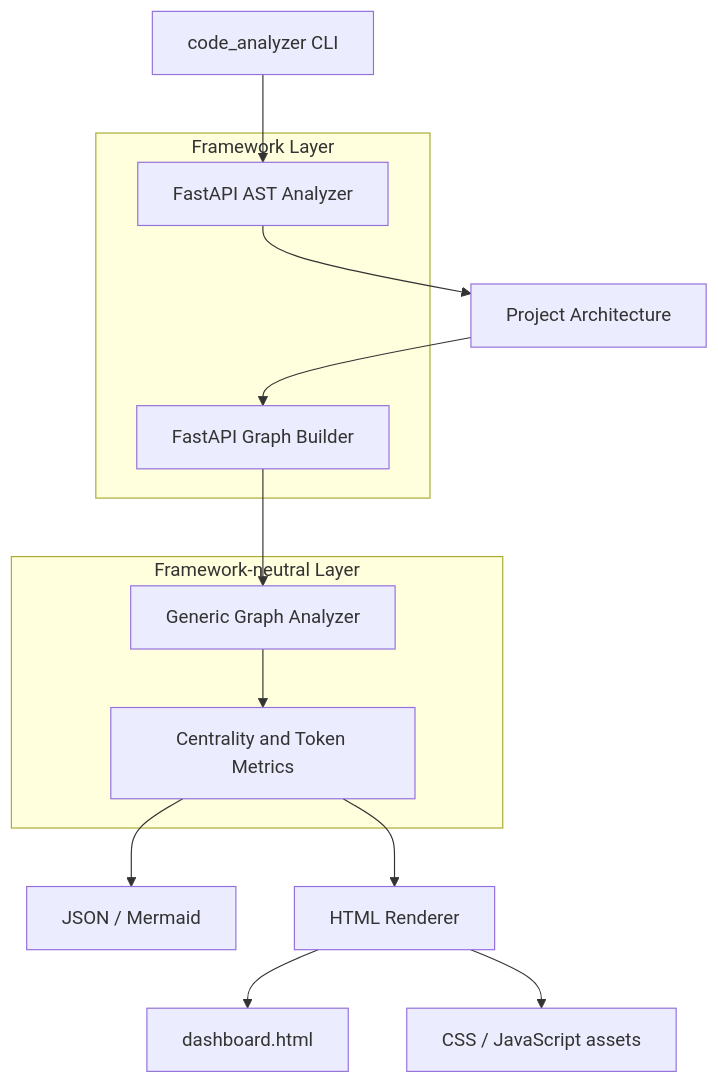
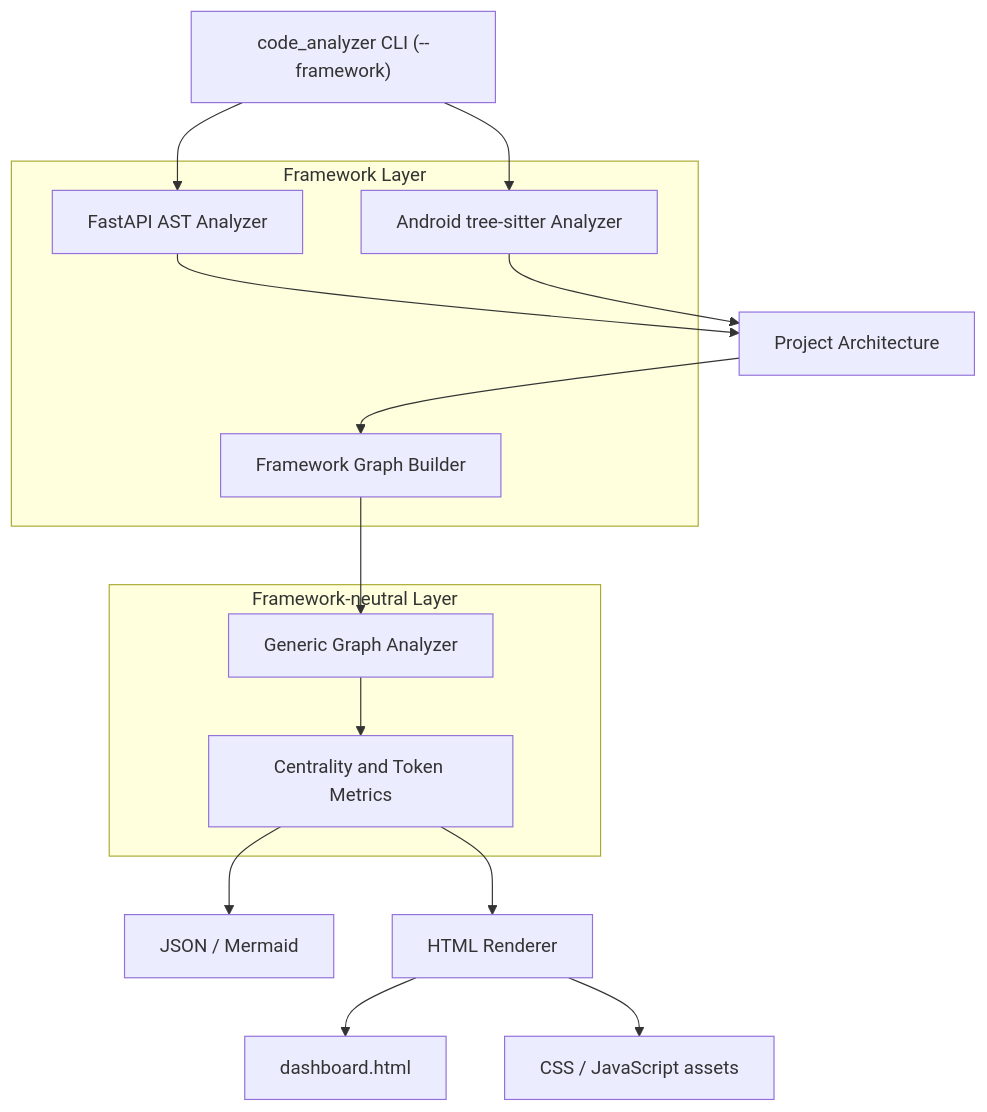
Before and after one commit to Doggy-Footprint/Code-Analyzer-for-Agents: the second of 2 diagrams in README.md, drawn with Mermaid. The commit also changed other lines of this file and 119 other files, not shown here.

Commit message:
Add Android framework analysis support

````diff
--- a/README.md
+++ b/README.md
@@ -114,22 +126,25 @@
 ```mermaid
 flowchart TD
-    CLI[code_analyzer CLI] --> FA[FastAPI AST Analyzer]
+    CLI["code_analyzer CLI (--framework)"] --> FA[FastAPI AST Analyzer]
+    CLI --> AA[Android tree-sitter Analyzer]
     FA --> PA[Project Architecture]
-    PA --> GB[FastAPI Graph Builder]
+    AA --> PA
+    PA --> GB[Framework Graph Builder]
     GB --> GA[Generic Graph Analyzer]
     GA --> M[Centrality and Token Metrics]
     M --> JSON[JSON / Mermaid]
     M --> HR[HTML Renderer]
     HR --> HTML[dashboard.html]
     HR --> ASSETS[CSS / JavaScript assets]
 
     subgraph Framework Layer
         FA
+        AA
         GB
     end
 
     subgraph Framework-neutral Layer
         GA
         M
     end
 ```
````
